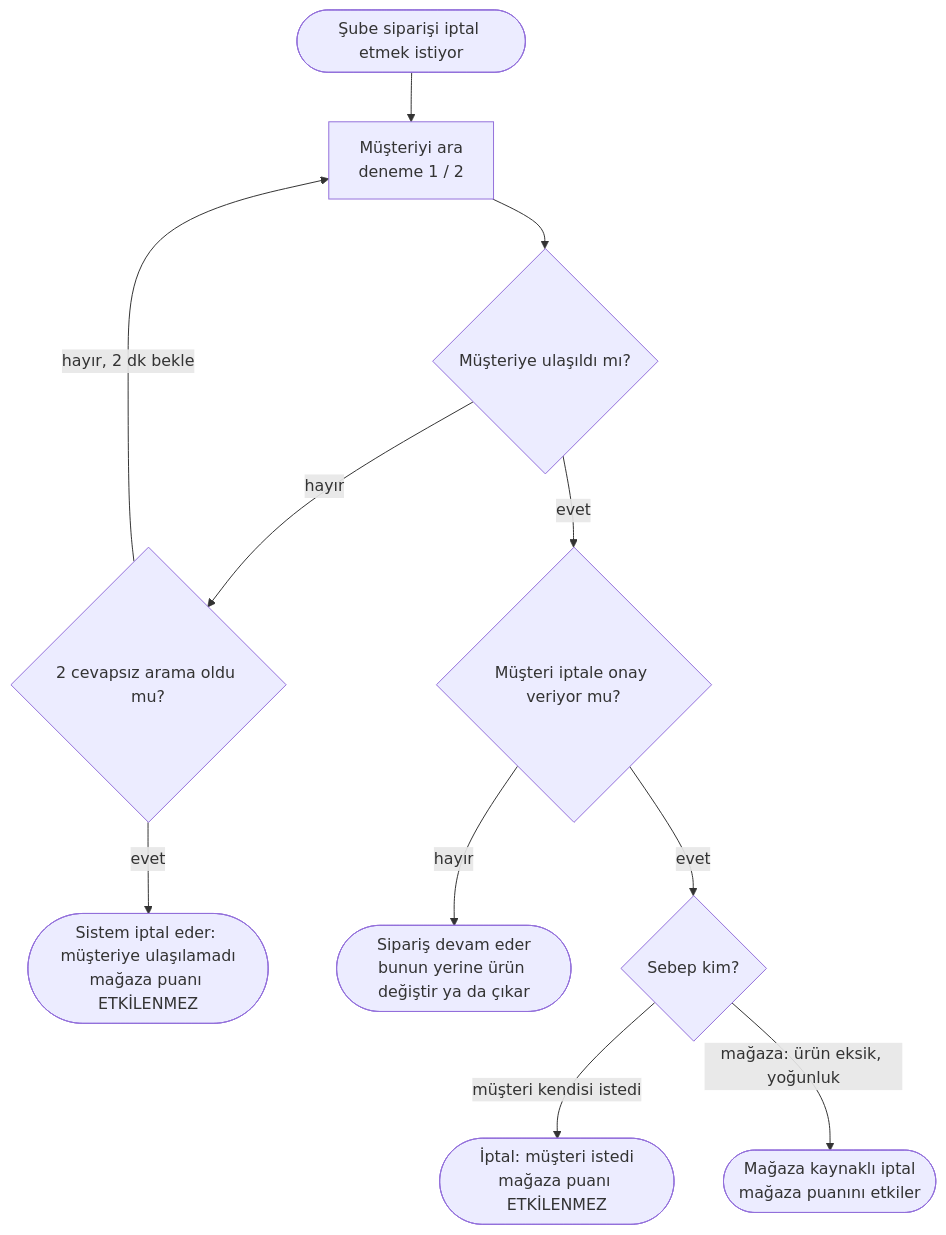
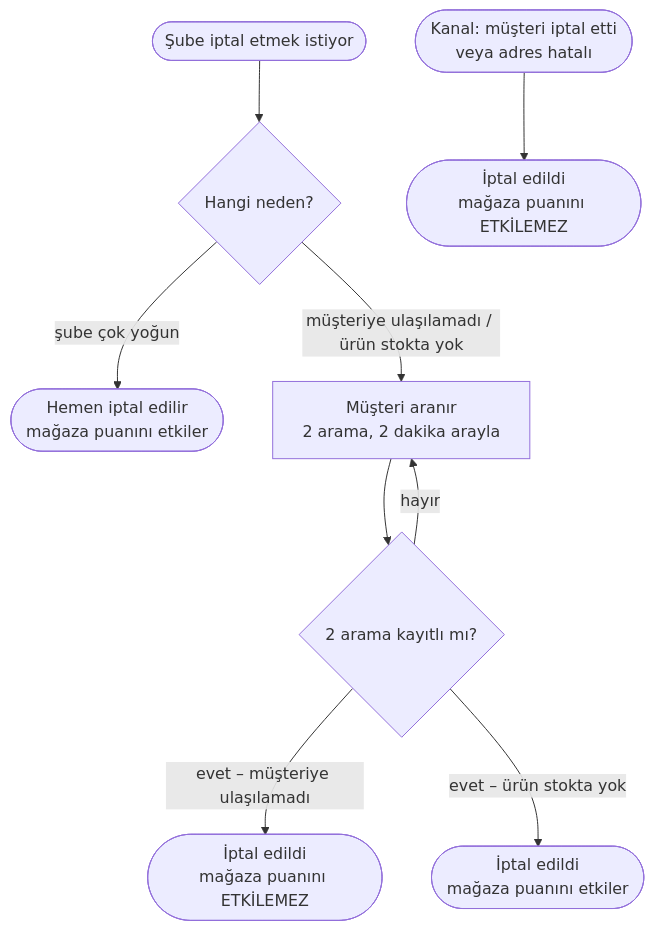
The fifth of 5 diagrams in docs/analysis/04-order-process.tr.md (hasantaskesen/VetisPilot), drawn with Mermaid before and after one commit. The commit also changed other lines of this file and 20 other files, not shown here.

````diff
--- a/docs/analysis/04-order-process.tr.md
+++ b/docs/analysis/04-order-process.tr.md
@@ -206,13 +206,11 @@
 ```mermaid
 flowchart TD
-    A(["Şube siparişi iptal etmek istiyor"]) --> B["Müşteriyi ara<br/>deneme 1 / 2"]
-    B --> C{"Müşteriye ulaşıldı mı?"}
-    C -->|hayır| D{"2 cevapsız arama oldu mu?"}
-    D -->|"hayır, 2 dk bekle"| B
-    D -->|evet| E(["Sistem iptal eder: müşteriye ulaşılamadı<br/>mağaza puanı ETKİLENMEZ"])
-    C -->|evet| F{"Müşteri iptale onay veriyor mu?"}
-    F -->|hayır| G(["Sipariş devam eder<br/>bunun yerine ürün değiştir ya da çıkar"])
-    F -->|evet| H{"Sebep kim?"}
-    H -->|"müşteri kendisi istedi"| I(["İptal: müşteri istedi<br/>mağaza puanı ETKİLENMEZ"])
-    H -->|"mağaza: ürün eksik, yoğunluk"| J(["Mağaza kaynaklı iptal<br/>mağaza puanını etkiler"])
+    A(["Şube iptal etmek istiyor"]) --> B{"Hangi neden?"}
+    B -->|"şube çok yoğun"| C(["Hemen iptal edilir<br/>mağaza puanını etkiler"])
+    B -->|"müşteriye ulaşılamadı / ürün stokta yok"| D["Müşteri aranır<br/>2 arama, 2 dakika arayla"]
+    D --> E{"2 arama kayıtlı mı?"}
+    E -->|hayır| D
+    E -->|"evet – müşteriye ulaşılamadı"| F(["İptal edildi<br/>mağaza puanını ETKİLEMEZ"])
+    E -->|"evet – ürün stokta yok"| G(["İptal edildi<br/>mağaza puanını etkiler"])
+    H(["Kanal: müşteri iptal etti<br/>veya adres hatalı"]) --> I(["İptal edildi<br/>mağaza puanını ETKİLEMEZ"])
 ```
````
